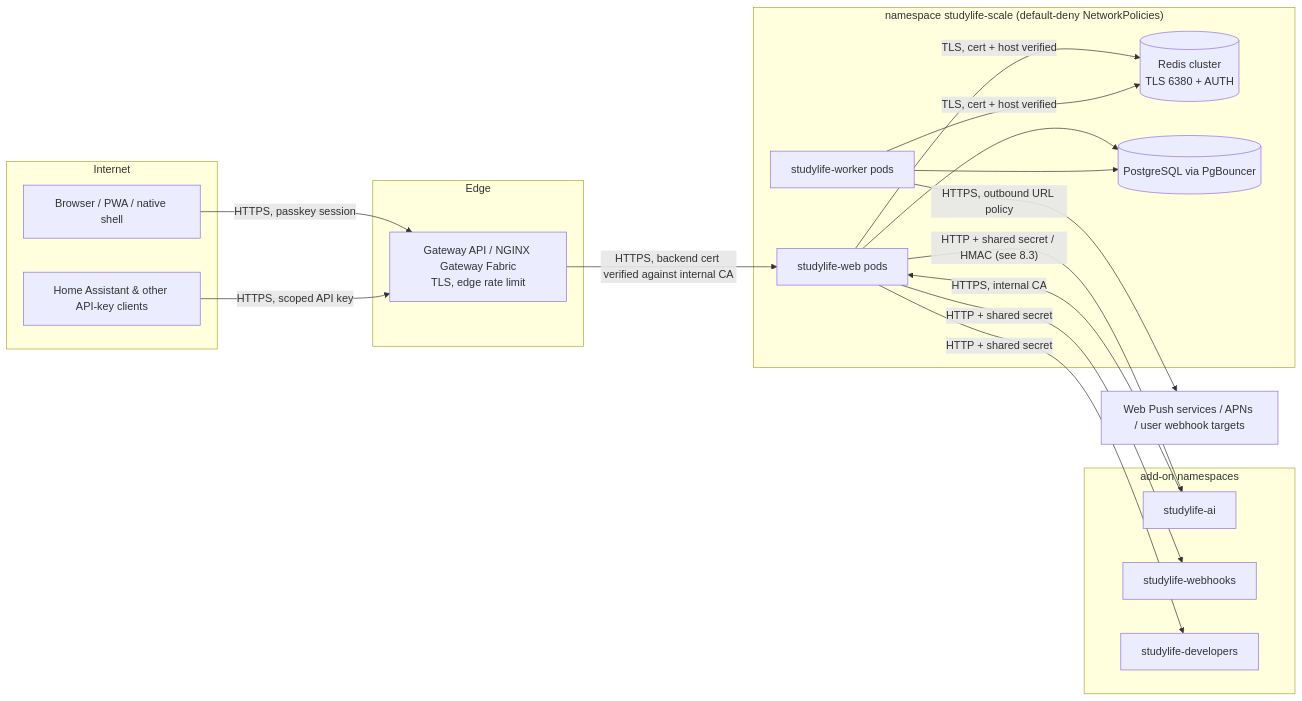
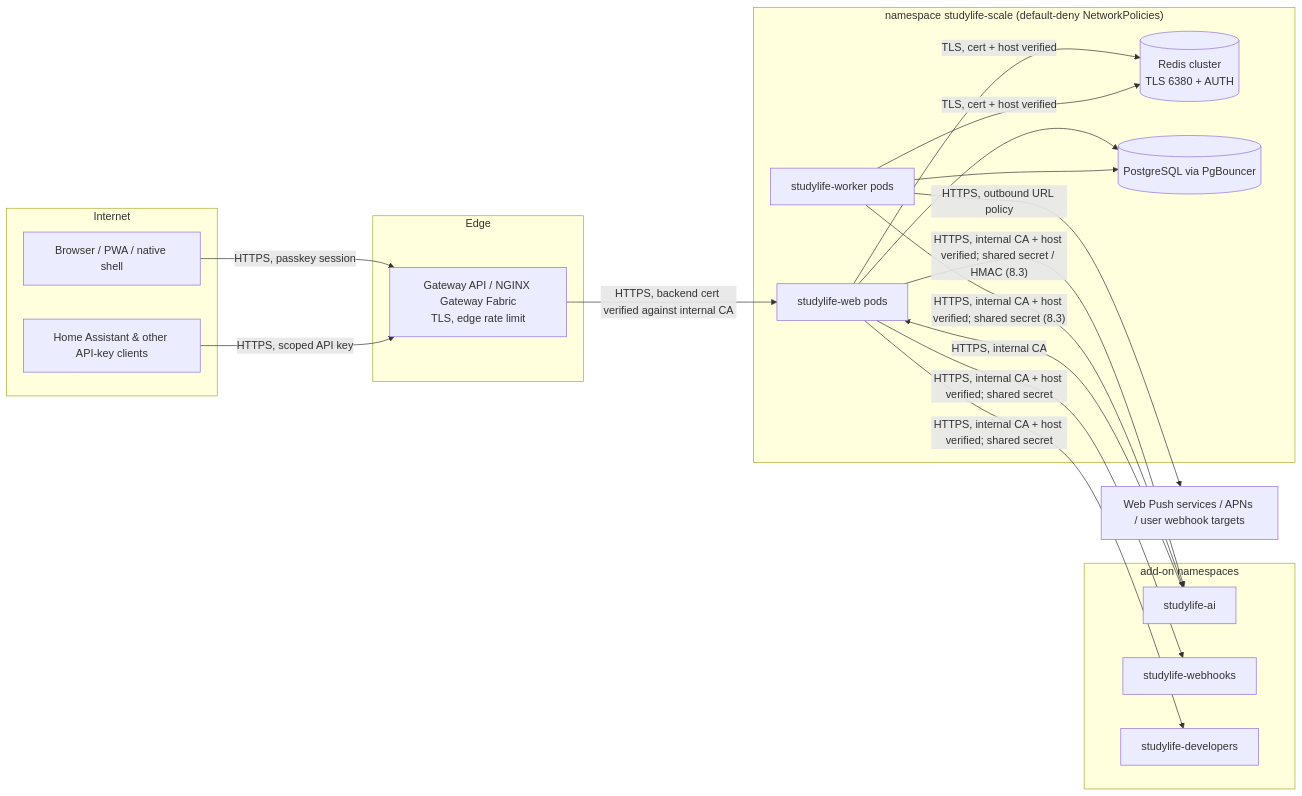
The diagram in docs/SECURITY-ASSURANCE.md (lukislp/studylife), drawn with Mermaid before and after one commit. The commit also changed other lines of this file and 5 other files, not shown here.

````diff
--- a/docs/SECURITY-ASSURANCE.md
+++ b/docs/SECURITY-ASSURANCE.md
@@ -46,35 +46,36 @@
 ```mermaid
 flowchart LR
   subgraph Internet
     B[Browser / PWA / native shell]
     HA[Home Assistant & other API-key clients]
   end
   subgraph Edge
     GW[Gateway API / NGINX Gateway Fabric<br/>TLS, edge rate limit]
   end
   subgraph Cluster["namespace studylife-scale (default-deny NetworkPolicies)"]
     W[studylife-web pods]
     K[studylife-worker pods]
     R[(Redis cluster<br/>TLS 6380 + AUTH)]
     P[(PostgreSQL via PgBouncer)]
   end
   subgraph Addons["add-on namespaces"]
     AI[studylife-ai]
     WH[studylife-webhooks]
     DEV[studylife-developers]
   end
   EXT[Web Push services / APNs / user webhook targets]
 
   B -- "HTTPS, passkey session" --> GW
   HA -- "HTTPS, scoped API key" --> GW
   GW -- "HTTPS, backend cert verified against internal CA" --> W
   W -- "TLS, cert + host verified" --> R
   K -- "TLS, cert + host verified" --> R
   W --> P
   K --> P
-  W -- "HTTP + shared secret / HMAC (see 8.3)" --> AI
-  W -- "HTTP + shared secret" --> WH
-  W -- "HTTP + shared secret" --> DEV
+  W -- "HTTPS, internal CA + host verified; shared secret / HMAC (8.3)" --> AI
+  K -- "HTTPS, internal CA + host verified; shared secret (8.3)" --> AI
+  W -- "HTTPS, internal CA + host verified; shared secret" --> WH
+  W -- "HTTPS, internal CA + host verified; shared secret" --> DEV
   AI -- "HTTPS, internal CA" --> W
   K -- "HTTPS, outbound URL policy" --> EXT
 ```
````
